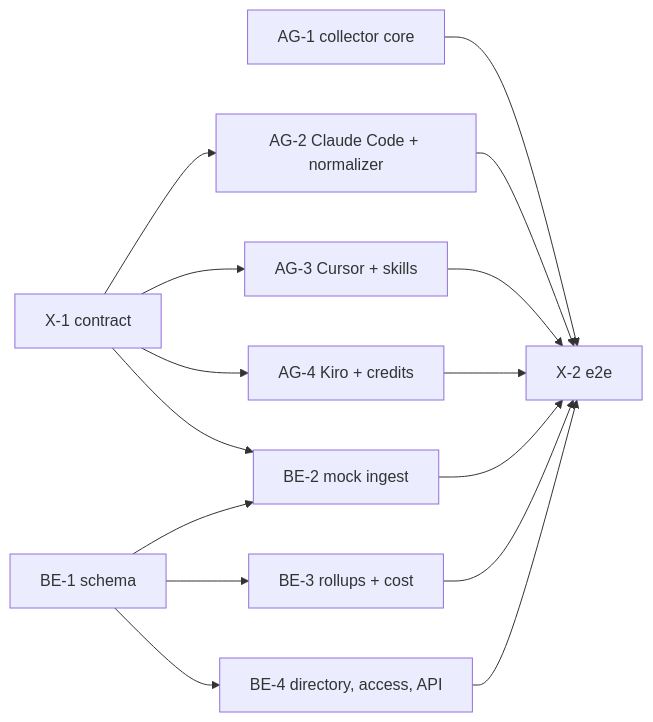
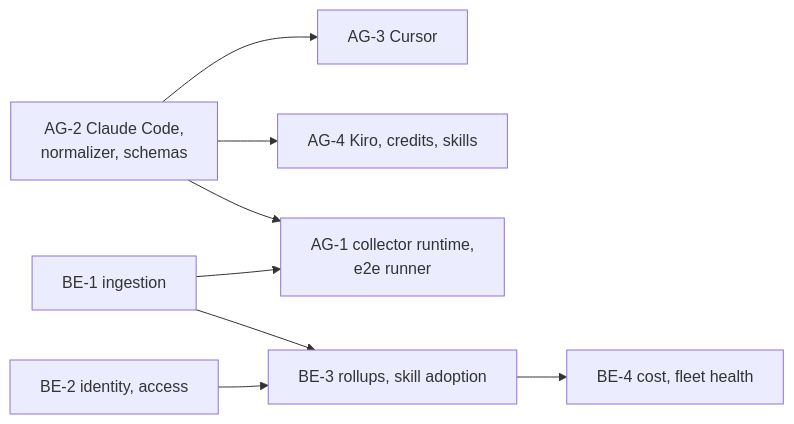
Before and after one commit to Generative-AI-at-Berkeley/freshworks: the diagram in docs/tickets.md, drawn with Mermaid. The commit also changed other lines of this file and 32 other files, not shown here.

````diff
--- a/docs/tickets.md
+++ b/docs/tickets.md
@@ -19,12 +25,10 @@
 ```mermaid
 flowchart LR
-  X1[X-1 contract] --> AG2[AG-2 Claude Code + normalizer]
-  X1 --> AG3[AG-3 Cursor + skills]
-  X1 --> AG4[AG-4 Kiro + credits]
-  X1 --> BE2[BE-2 mock ingest]
-  BE1[BE-1 schema] --> BE2
-  BE1 --> BE3[BE-3 rollups + cost]
-  BE1 --> BE4[BE-4 directory, access, API]
-  AG1[AG-1 collector core] --> X2
-  AG2 & AG3 & AG4 & BE2 & BE3 & BE4 --> X2[X-2 e2e]
+  AG2[AG-2 Claude Code,<br/>normalizer, schemas] --> AG3[AG-3 Cursor]
+  AG2 --> AG4[AG-4 Kiro, credits, skills]
+  AG2 --> AG1[AG-1 collector runtime,<br/>e2e runner]
+  BE1[BE-1 ingestion] --> BE3[BE-3 rollups, skill adoption]
+  BE2[BE-2 identity, access] --> BE3
+  BE3 --> BE4[BE-4 cost, fleet health]
+  BE1 --> AG1
 ```
````
